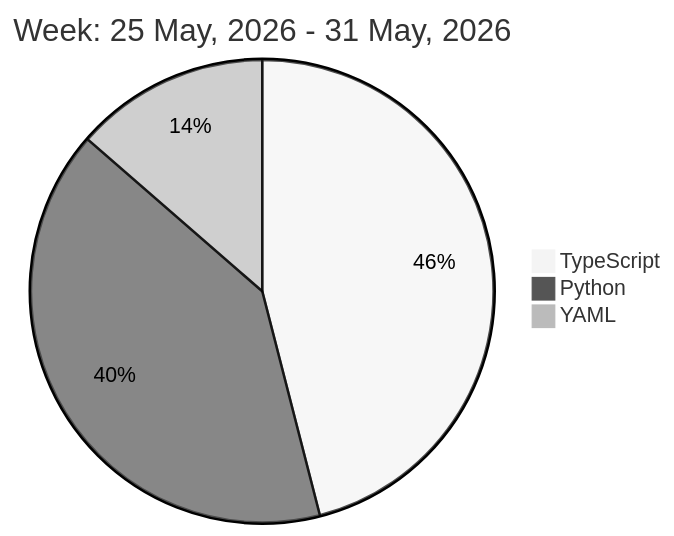
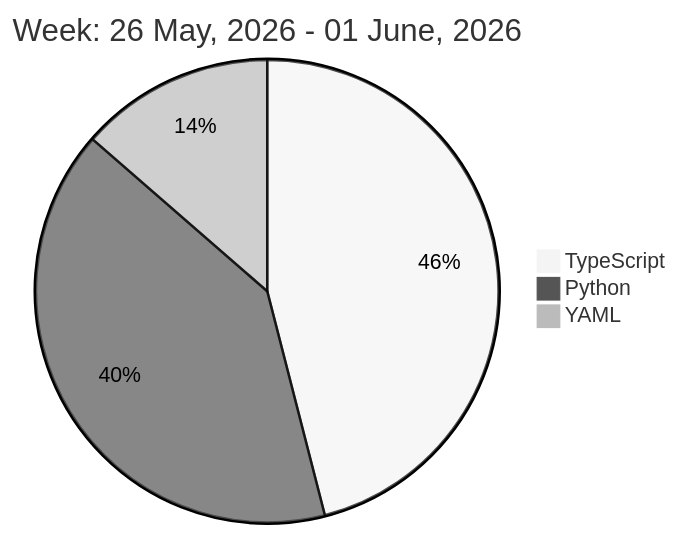
One commit to liubin95/liubin95 changed the diagram in README.md. Above: the diagram before and after it, drawn with Mermaid (neutral theme).

Commit message:
Updated the Graph with new Metrics

````diff
--- a/README.md
+++ b/README.md
@@ -32,7 +32,7 @@
 ```mermaid
  pie
-title Week: 25 May, 2026 - 31 May, 2026
+title Week: 26 May, 2026 - 01 June, 2026
  "TypeScript" : 6.83
  "Python" : 6.0
  "YAML" : 2.02
 ```
````
